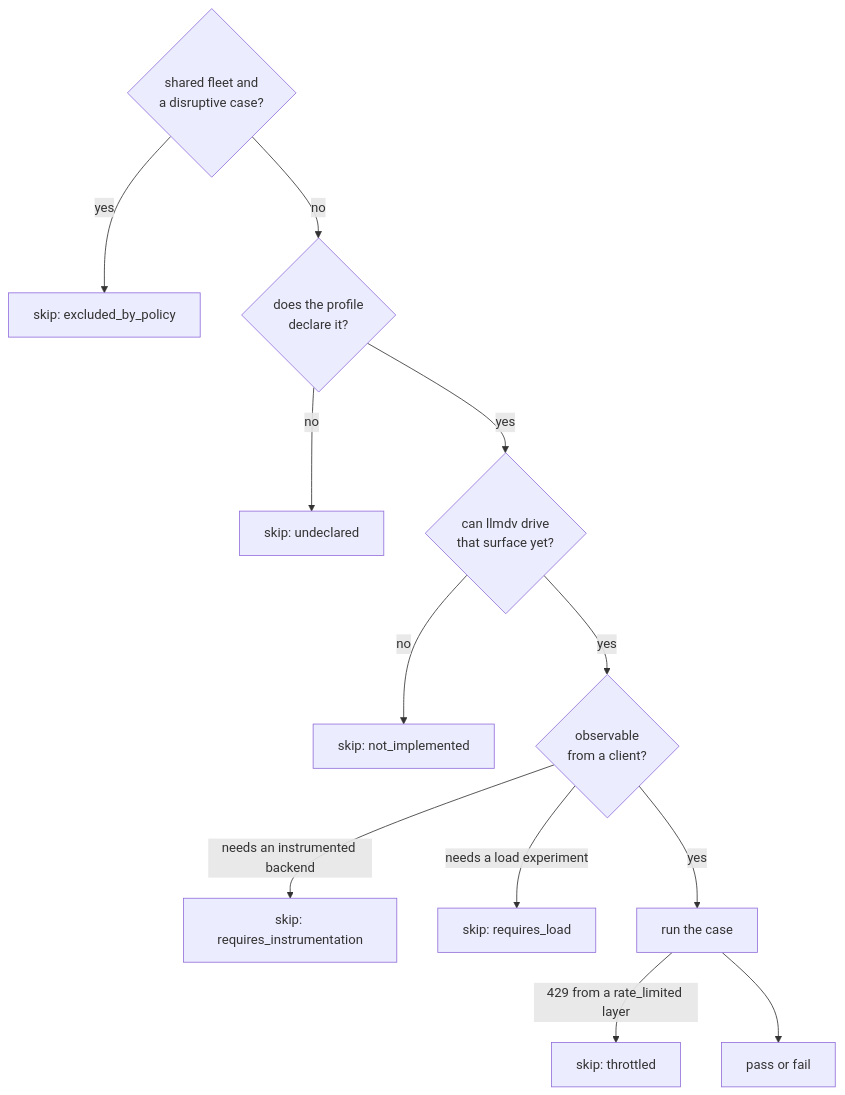
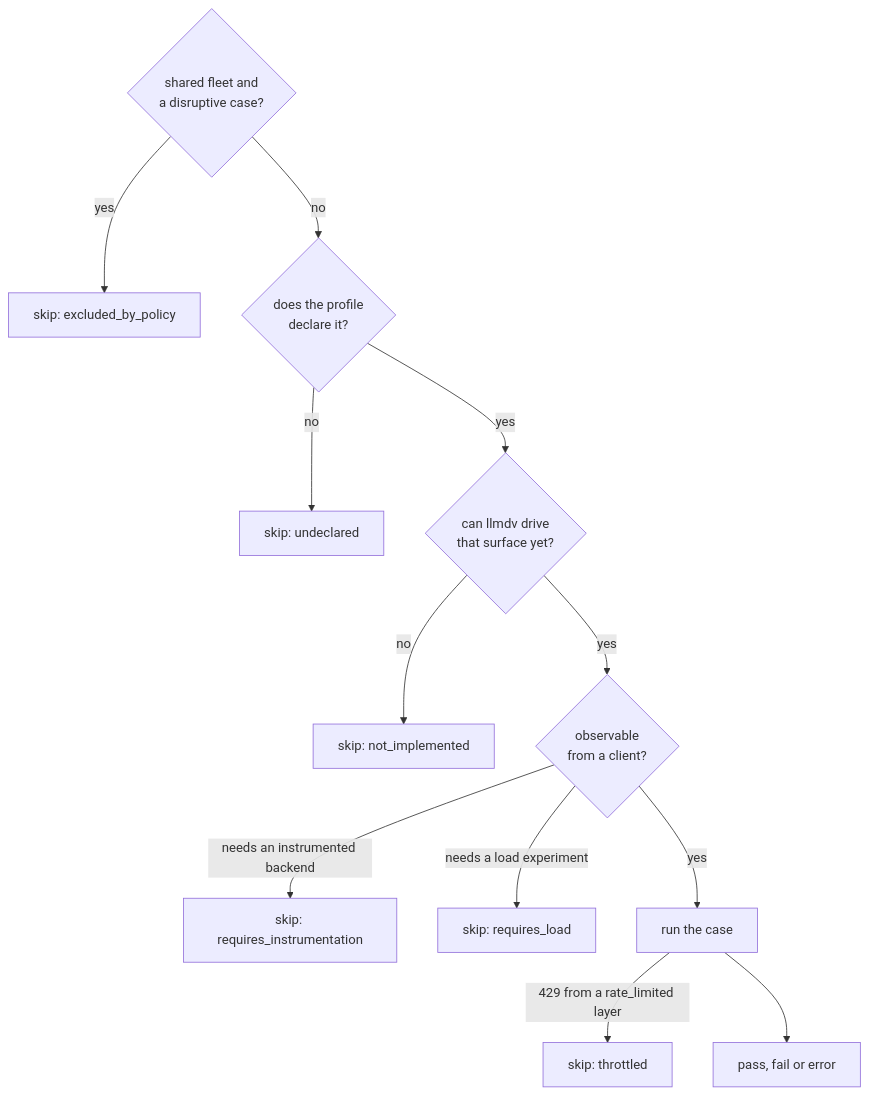
Before and after one commit to llm-d-incubation/llm-d-validate: the diagram in docs/cli.md, drawn with Mermaid. The commit also changed other lines of this file and 13 other files, not shown here.

````diff
--- a/docs/cli.md
+++ b/docs/cli.md
@@ -185,15 +185,15 @@
 ```mermaid
 flowchart TB
     Q0{"shared fleet and<br/>a disruptive case?"}
     Q0 -->|"yes"| EP["skip: excluded_by_policy"]
     Q0 -->|"no"| Q1{"does the profile<br/>declare it?"}
     Q1 -->|"no"| U["skip: undeclared"]
     Q1 -->|"yes"| Q2{"can llmdv drive<br/>that surface yet?"}
     Q2 -->|"no"| NI["skip: not_implemented"]
     Q2 -->|"yes"| Q3{"observable<br/>from a client?"}
     Q3 -->|"needs an instrumented backend"| RI["skip: requires_instrumentation"]
     Q3 -->|"needs a load experiment"| RL["skip: requires_load"]
     Q3 -->|"yes"| RUN["run the case"]
     RUN -->|"429 from a rate_limited layer"| T["skip: throttled"]
-    RUN --> V["pass or fail"]
+    RUN --> V["pass, fail or error"]
 ```
````
